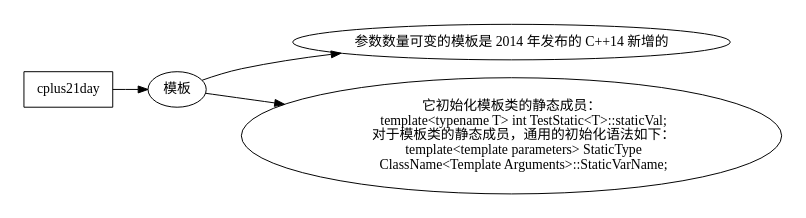
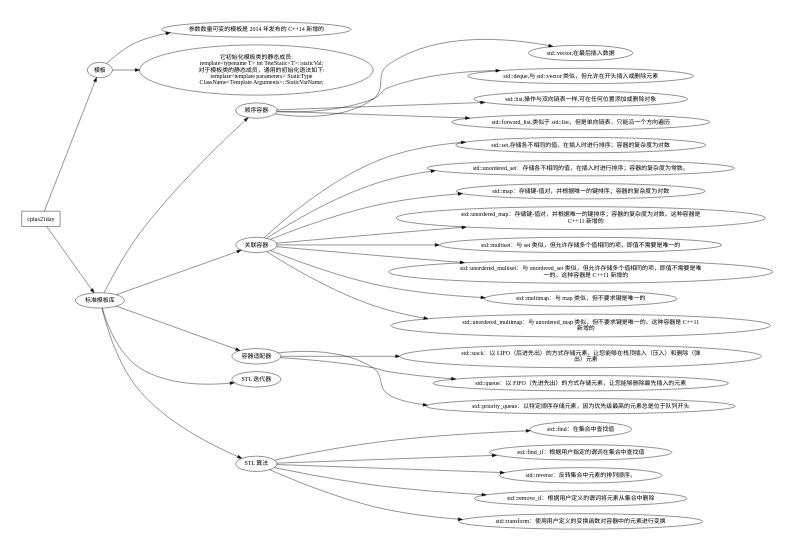
One commit to gogofar/learnc changed the diagram in note_c++21.dot. Above: the diagram before and after it, drawn with Graphviz. The commit also changed 1 other file, not shown here.

```diff
--- a/note_c++21.dot
+++ b/note_c++21.dot
@@ -1,15 +1,41 @@
 digraph cplus21day{
         size = "4,4";
         edge [fontname="simsun"];
         node [fontname="simsun"];
         rankdir=LR;
         cplus21day[shape=box];
-        cplus21day ->"模板";
+        cplus21day ->{"模板","标准模板库"};
         "模板"->"参数数量可变的模板是 2014 年发布的 C++14 新增的";
-        "模板"->"它初始化模板类的静态成员：
+        "模板"->"它初始化模板类的静态成员:
         template<typename T> int TestStatic<T>::staticVal;
-        对于模板类的静态成员，通用的初始化语法如下：
+        对于模板类的静态成员，通用的初始化语法如下:
         template<template parameters> StaticType
         ClassName<Template Arguments>::StaticVarName;"
+        "标准模板库"->{"顺序容器","关联容器","容器适配器","STL 迭代器","STL 算法"};
+        "顺序容器"->"std::vector,在最后插入数据";
+        "顺序容器"->"std::deque,与 std::vector 类似，但允许在开头插入或删除元素";
+        "顺序容器"->"std::list,操作与双向链表一样,可在任何位置添加或删除对象";
+        "顺序容器"->"std::forward_list,类似于 std::list，但是单向链表，只能沿一个方向遍历";
+        "关联容器"->"std::set,存储各不相同的值，在插入时进行排序；容器的复杂度为对数";
+        "关联容器"->"std::unordered_set：存储各不相同的值，在插入时进行排序；容器的复杂度为常数。";
+        "关联容器"->"std::map：存储键-值对，并根据唯一的键排序；容器的复杂度为对数";
+        "关联容器"->"std::unordered_map：存储键-值对，并根据唯一的键排序；容器的复杂度为对数。这种容器是
+        C++11 新增的";
+        "关联容器"->"std::multiset：与 set 类似，但允许存储多个值相同的项，即值不需要是唯一的";
+        "关联容器"->"std::unordered_multiset：与 unordered_set 类似，但允许存储多个值相同的项，即值不需要是唯
+        一的。这种容器是 C++11 新增的";
+        "关联容器"->"std::multimap：与 map 类似，但不要求键是唯一的";
+        "关联容器"->"std::unordered_multimap：与 unordered_map 类似，但不要求键是唯一的。这种容器是 C++11
+        新增的";
+        "容器适配器"->"std::stack：以 LIFO（后进先出）的方式存储元素，让您能够在栈顶插入（压入）和删除（弹
+        出）元素";
+        "容器适配器"->"std::queue：以 FIFO（先进先出）的方式存储元素，让您能够删除最先插入的元素";
+        "容器适配器"->"std::priority_queue：以特定顺序存储元素，因为优先级最高的元素总是位于队列开头";
+        "STL 算法"->"std::find：在集合中查找值";
+        "STL 算法"->"std::find_if：根据用户指定的谓词在集合中查找值";
+        "STL 算法"->"std::reverse：反转集合中元素的排列顺序。";
+        "STL 算法"->"std::remove_if：根据用户定义的谓词将元素从集合中删除";
+        "STL 算法"->"std::transform：使用用户定义的变换函数对容器中的元素进行变换";
+
 
 }
```
